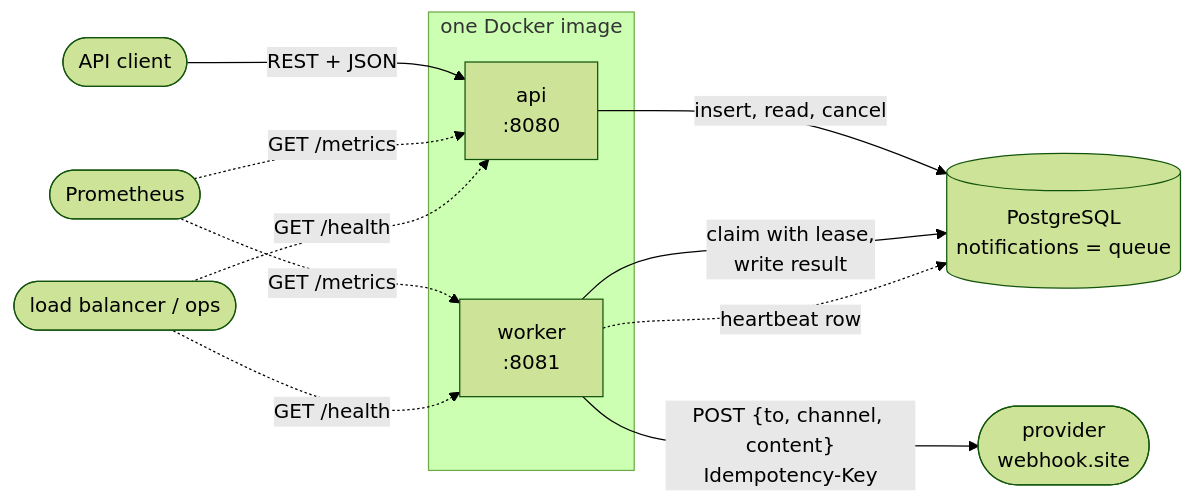
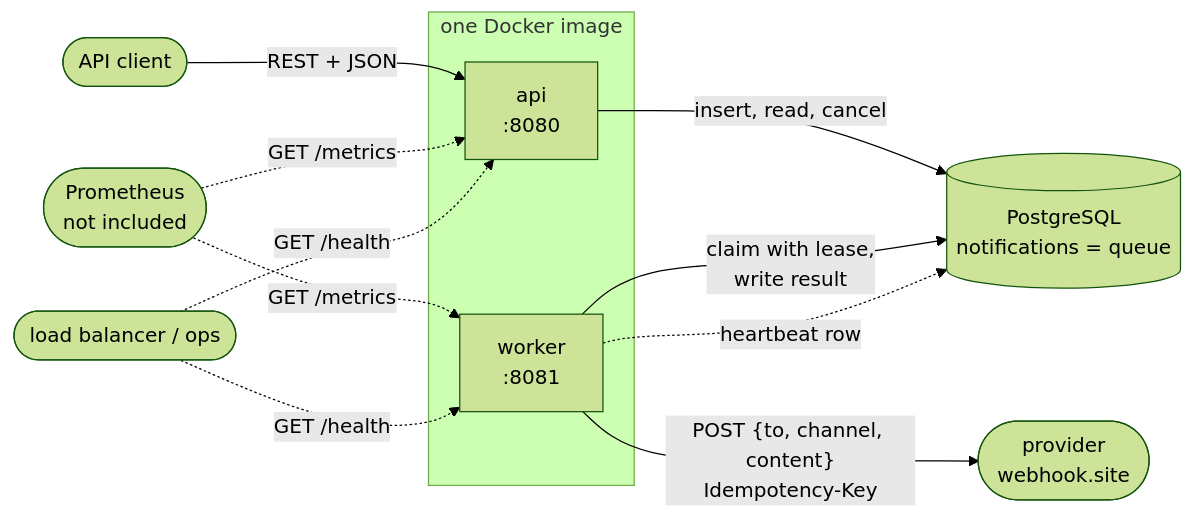
Before and after one commit to asrasari/notification-service: the diagram in README.md, drawn with Mermaid (forest theme). The commit also changed other lines of this file, not shown here.

````diff
--- a/README.md
+++ b/README.md
@@ -5,16 +5,16 @@
 ```mermaid
 flowchart LR
     client([API client]) -->|REST + JSON| api
     subgraph image [one Docker image]
         api[api<br/>:8080]
         worker[worker<br/>:8081]
     end
     api -->|insert, read, cancel| pg[(PostgreSQL<br/>notifications = queue)]
     worker -->|claim with lease,<br/>write result| pg
     worker -->|"POST {to, channel, content}<br/>Idempotency-Key"| provider([provider<br/>webhook.site])
     worker -.->|heartbeat row| pg
-    prom([Prometheus]) -.->|GET /metrics| api
+    prom([Prometheus<br/>not included]) -.->|GET /metrics| api
     prom -.->|GET /metrics| worker
     ops([load balancer / ops]) -.->|GET /health| api
     ops -.->|GET /health| worker
 ```
````
